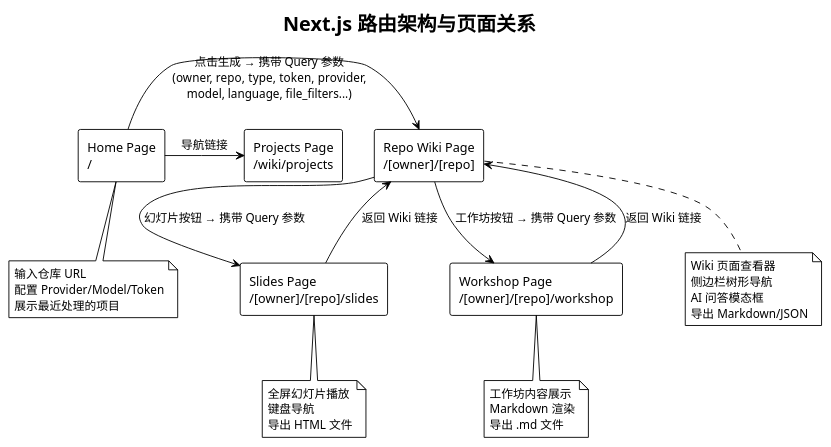
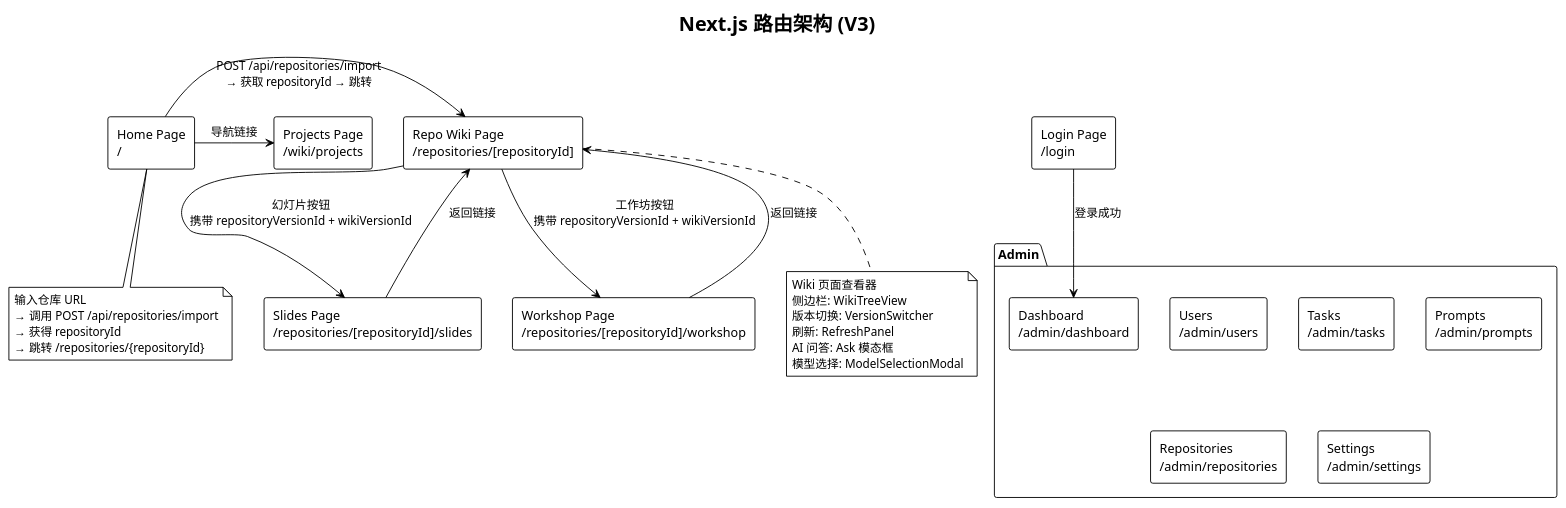
Before and after one commit to daohunliwei/Heimdall: the second of 5 diagrams in doc/architecture/frontend-architecture.md, drawn with PlantUML. The commit also changed other lines of this file and 3 other files, not shown here.

````diff
--- a/doc/architecture/frontend-architecture.md
+++ b/doc/architecture/frontend-architecture.md
@@ -123,49 +130,51 @@
 ```plantuml
 @startuml
 !theme plain
-title Next.js 路由架构与页面关系
+title Next.js 路由架构 (V3)
 
 skinparam componentStyle rectangle
 
 [Home Page\n/] as HOME
-component "Repo Wiki Page\n/[owner]/[repo]" as WIKI
-component "Slides Page\n/[owner]/[repo]/slides" as SLIDES
-component "Workshop Page\n/[owner]/[repo]/workshop" as WORKSHOP
+[Login Page\n/login] as LOGIN
+component "Repo Wiki Page\n/repositories/[repositoryId]" as WIKI
+component "Slides Page\n/repositories/[repositoryId]/slides" as SLIDES
+component "Workshop Page\n/repositories/[repositoryId]/workshop" as WORKSHOP
 [Projects Page\n/wiki/projects] as PROJECTS
 
-HOME -right-> WIKI : "点击生成 → 携带 Query 参数\n(owner, repo, type, token, provider,\nmodel, language, file_filters...)"
-HOME -right-> PROJECTS : "导航链接"
+package "Admin" {
+  [Dashboard\n/admin/dashboard] as AD_DASH
+  [Users\n/admin/users] as AD_USERS
+  [Tasks\n/admin/tasks] as AD_TASKS
+  [Prompts\n/admin/prompts] as AD_PROMPTS
+  [Repositories\n/admin/repositories] as AD_REPOS
+  [Settings\n/admin/settings] as AD_SETTINGS
+}
 
-WIKI -right-> SLIDES : "幻灯片按钮 → 携带 Query 参数"
-WIKI -right-> WORKSHOP : "工作坊按钮 → 携带 Query 参数"
+HOME -right-> WIKI : POST /api/repositories/import\n→ 获取 repositoryId → 跳转
+HOME -right-> PROJECTS : 导航链接
 
-SLIDES --> WIKI : "返回 Wiki 链接"
-WORKSHOP --> WIKI : "返回 Wiki 链接"
+WIKI -right-> SLIDES : 幻灯片按钮\n携带 repositoryVersionId + wikiVersionId
+WIKI -right-> WORKSHOP : 工作坊按钮\n携带 repositoryVersionId + wikiVersionId
+
+SLIDES --> WIKI : 返回链接
+WORKSHOP --> WIKI : 返回链接
+LOGIN --> AD_DASH : 登录成功
 
 note bottom of HOME
   输入仓库 URL
-  配置 Provider/Model/Token
-  展示最近处理的项目
+  → 调用 POST /api/repositories/import
+  → 获得 repositoryId
+  → 跳转 /repositories/{repositoryId}
 end note
 
 note bottom of WIKI
   Wiki 页面查看器
-  侧边栏树形导航
-  AI 问答模态框
-  导出 Markdown/JSON
-end note
-
-note bottom of SLIDES
-  全屏幻灯片播放
-  键盘导航
-  导出 HTML 文件
-end note
-
-note bottom of WORKSHOP
-  工作坊内容展示
-  Markdown 渲染
-  导出 .md 文件
+  侧边栏: WikiTreeView
+  版本切换: VersionSwitcher
+  刷新: RefreshPanel
+  AI 问答: Ask 模态框
+  模型选择: ModelSelectionModal
 end note
 
 @enduml
 ```
````
